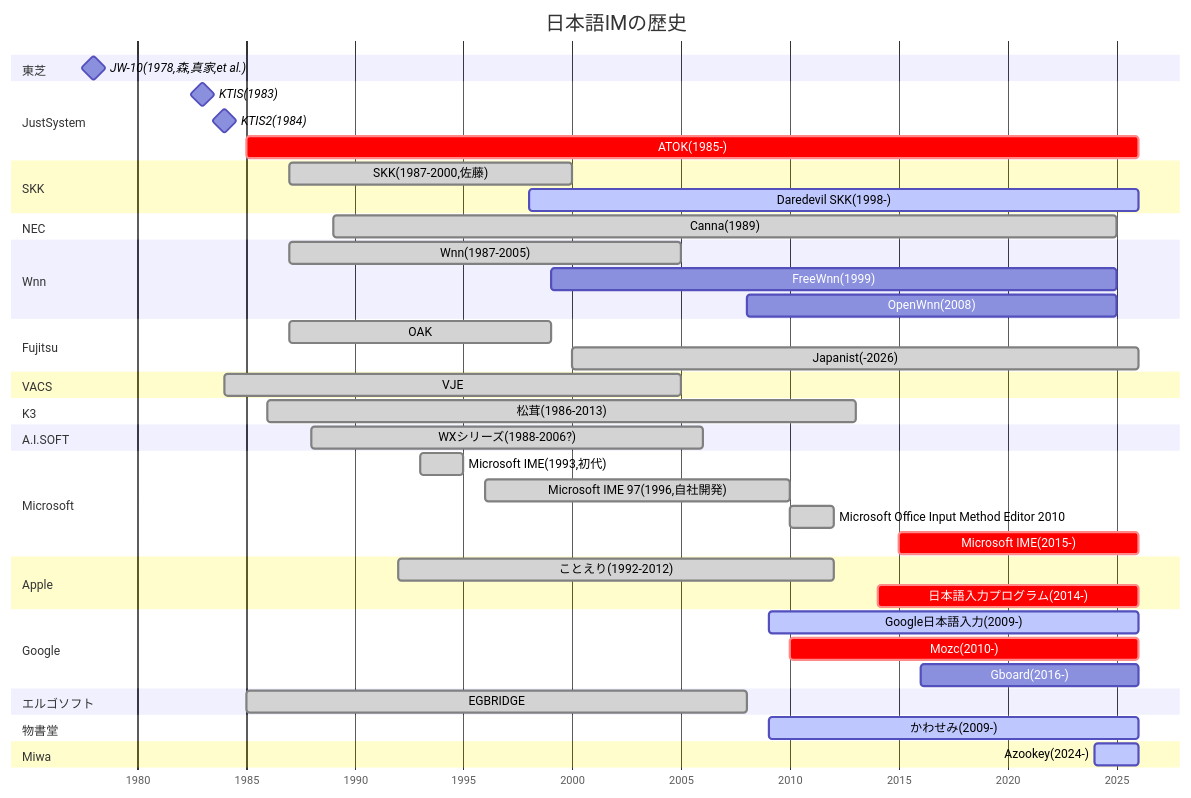
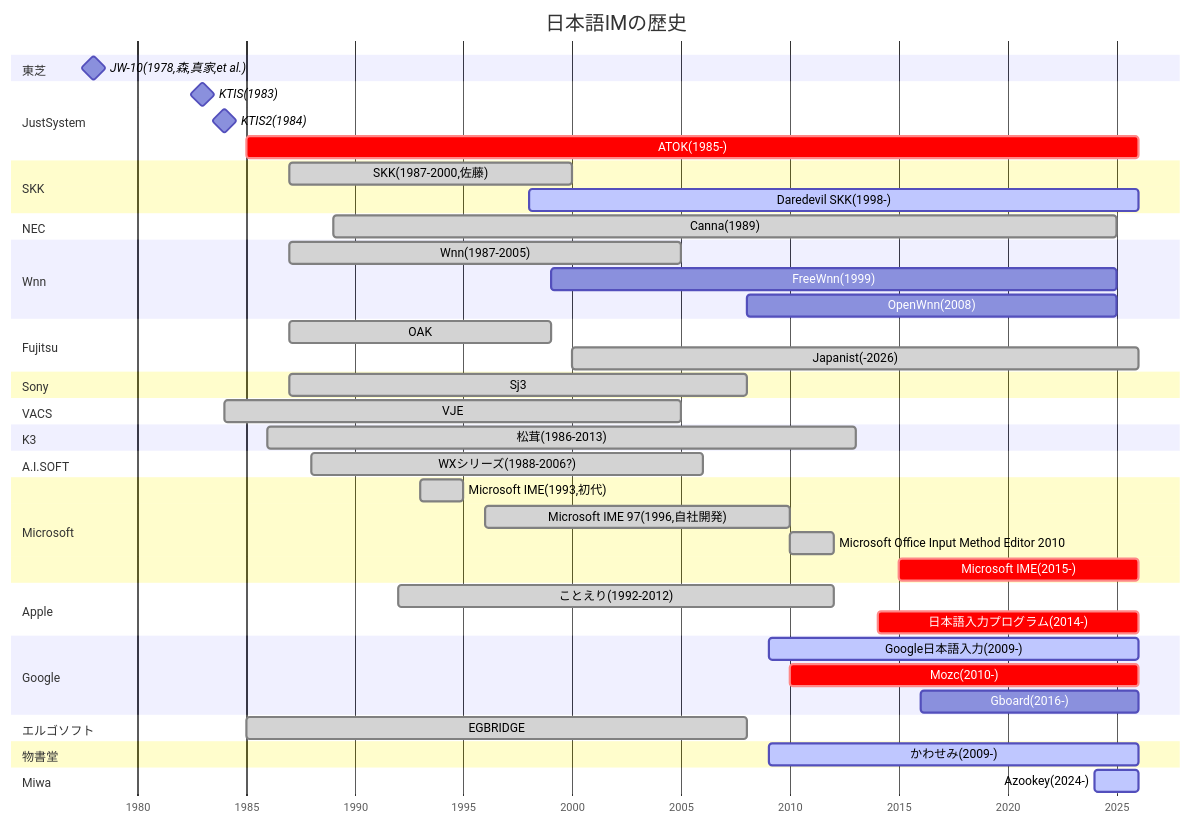
Before and after one commit to TanukiMa/history_of_Japanese_input_method: the diagram in v4.mmd, drawn with Mermaid. The commit also changed 1 other file, not shown here.

```diff
--- a/v4.mmd
+++ b/v4.mmd
@@ -1,47 +1,49 @@
 gantt
     title 日本語IMの歴史
     dateFormat YYYY
     axisFormat %Y
     todayMarker off
     section 東芝
         JW-10(1978,森,真家,et al.):milestone,1978,
     section JustSystem
         KTIS(1983):milestone,1983,
         KTIS2(1984):milestone,1984,
         ATOK(1985-):crit,1985,2026
     section SKK
         SKK(1987-2000,佐藤):done,1987,2000
         Daredevil SKK(1998-):active,1998,2026
     section NEC
         Canna(1989):done,1989,2025
     section Wnn
         Wnn(1987-2005):done,1987,2005
         FreeWnn(1999):1999,2025
         OpenWnn(2008):2008,2025
     section Fujitsu
         OAK:done,1987,1999
         Japanist(-2026):done,2000,2026
+    section Sony
+        Sj3:done,1987,2008
     section VACS
         VJE:done,1984,2005
     section K3
         松茸(1986-2013):done,1986,2013
     section A.I.SOFT
         WXシリーズ(1988-2006?):done,1988,2006
     section Microsoft
         Microsoft IME(1993,初代):done,1993,1995
         Microsoft IME 97(1996,自社開発):done,1996,2010
         Microsoft Office Input Method Editor 2010:done,2010,2012
         Microsoft IME(2015-):crit,2015,2026
     section Apple
         ことえり(1992-2012):done,1992,2012
         日本語入力プログラム(2014-):crit,2014,2026
     section Google
         Google日本語入力(2009-):active,2009,2026
         Mozc(2010-):crit,2010,2026
         Gboard(2016-):2016,2026
     section エルゴソフト
         EGBRIDGE:done,1985,2008
     section 物書堂
         かわせみ(2009-):active,2009,2026
     section Miwa
         Azookey(2024-):active,2024,2026
```
